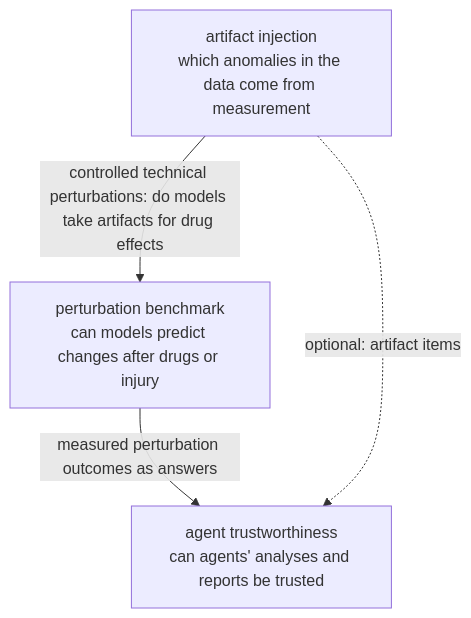
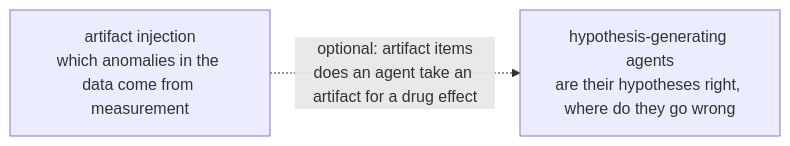
The diagram in docs/research/index.md (jasonjin34/Medical_reading_material), drawn with Mermaid before and after one commit. The commit also changed other lines of this file and 138 other files, not shown here.

First line of the commit message:
Agent topic: rule-engine harness for verifiable CKD research agents; add CKD datasets

````diff
--- a/docs/research/index.md
+++ b/docs/research/index.md
@@ -43,7 +33,4 @@
 ```mermaid
-flowchart TB
-  P["perturbation benchmark<br/>can models predict changes after drugs or injury"]
-  A["artifact injection<br/>which anomalies in the data come from measurement"] -->|"controlled technical perturbations: do models take artifacts for drug effects"| P
-  P -->|"measured perturbation outcomes as answers"| G["agent trustworthiness<br/>can agents' analyses and reports be trusted"]
-  A -.->|"optional: artifact items"| G
+flowchart LR
+  A["artifact injection<br/>which anomalies in the data come from measurement"] -.->|"optional: artifact items<br/>does an agent take an artifact for a drug effect"| G["hypothesis-generating agents<br/>are their hypotheses right, where do they go wrong"]
 ```
````
